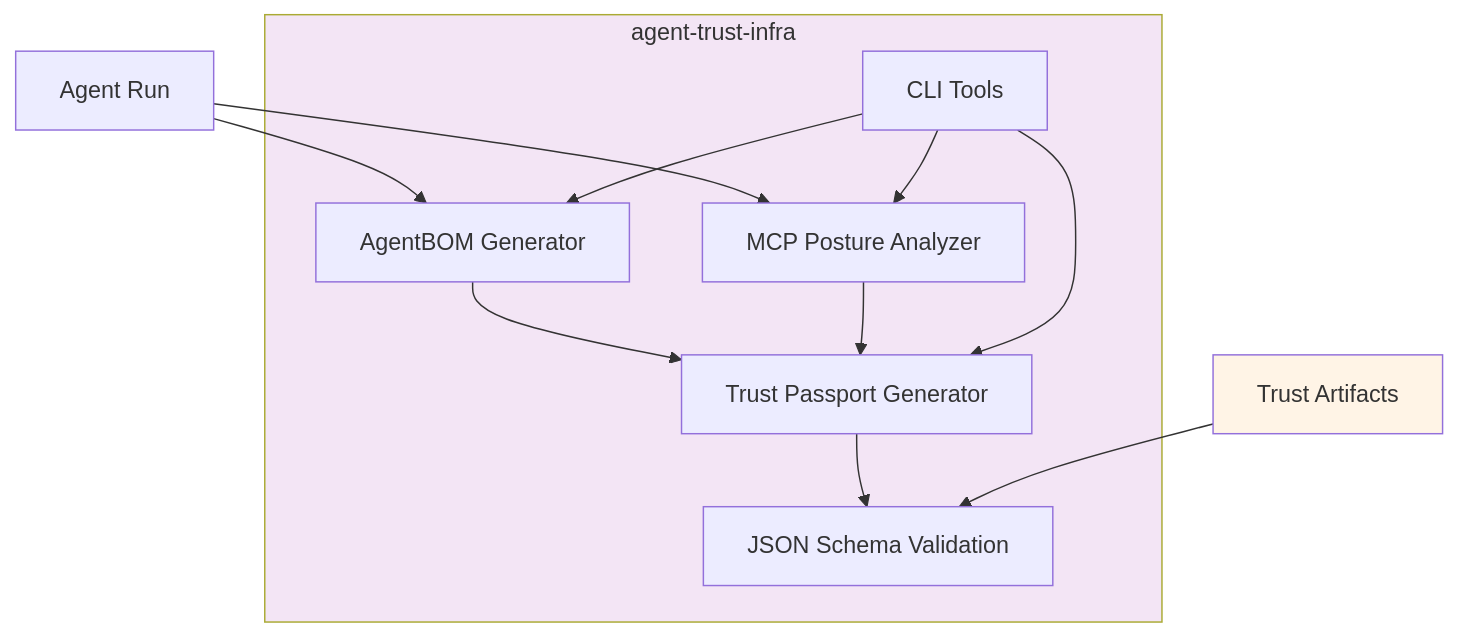
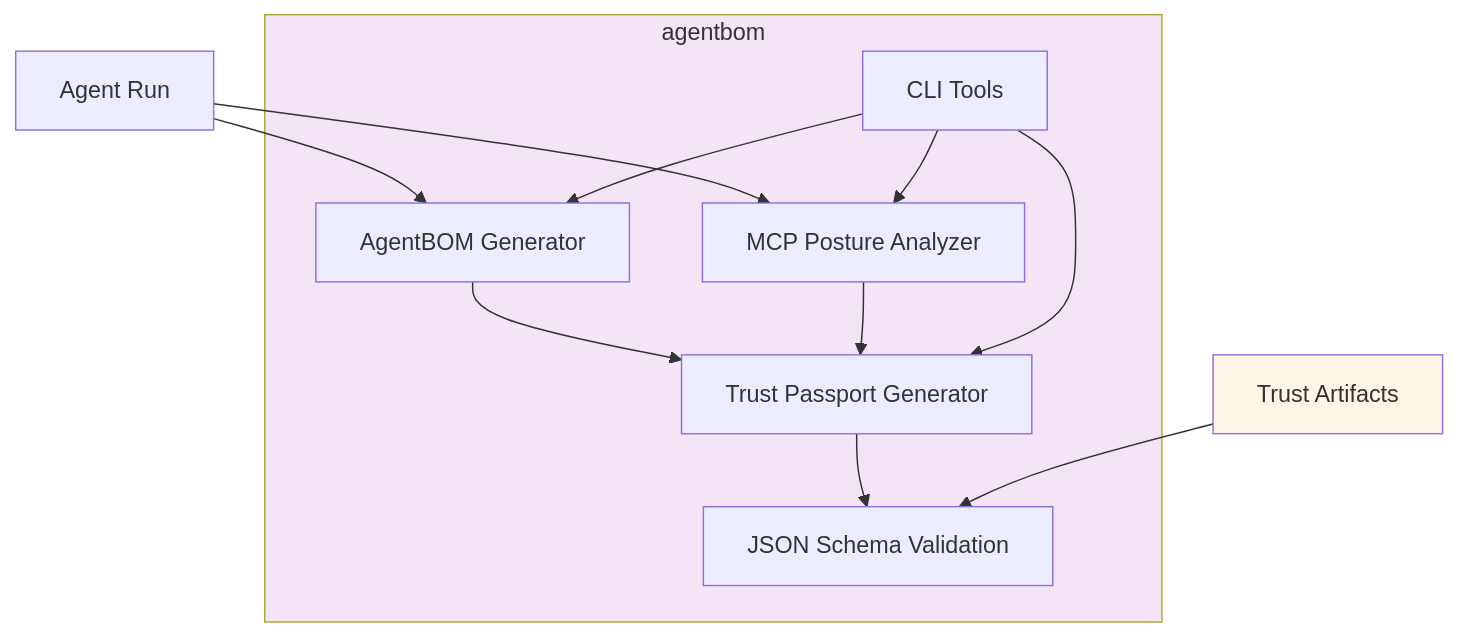
The fourth of 7 diagrams in docs/architecture.md (WasmAgent/.github), drawn with Mermaid before and after one commit. The commit also changed other lines of this file and 4 other files, not shown here.

First line of the commit message:
docs: reflect shipped work — agentbom (not archived agent-trust-infra), symkernel OPA/Cedar, OTel mapping (#141)

````diff
--- a/docs/architecture.md
+++ b/docs/architecture.md
@@ -152,25 +154,25 @@
 ```mermaid
 graph TB
-    subgraph agent_trust_infra["agent-trust-infra"]
+    subgraph agentbom["agentbom"]
         BOM[AgentBOM Generator]
         Posture[MCP Posture Analyzer]
         Passport[Trust Passport Generator]
         Schema[JSON Schema Validation]
         CLI[CLI Tools]
     end
 
     Run[Agent Run] --> BOM
     Run --> Posture
     BOM --> Passport
     Posture --> Passport
     Passport --> Schema
 
     CLI --> BOM
     CLI --> Posture
     CLI --> Passport
 
     Artifacts[Trust Artifacts] --> Schema
 
-    style agent_trust_infra fill:#f3e5f5
+    style agentbom fill:#f3e5f5
     style Artifacts fill:#fff4e6
 ```
````
